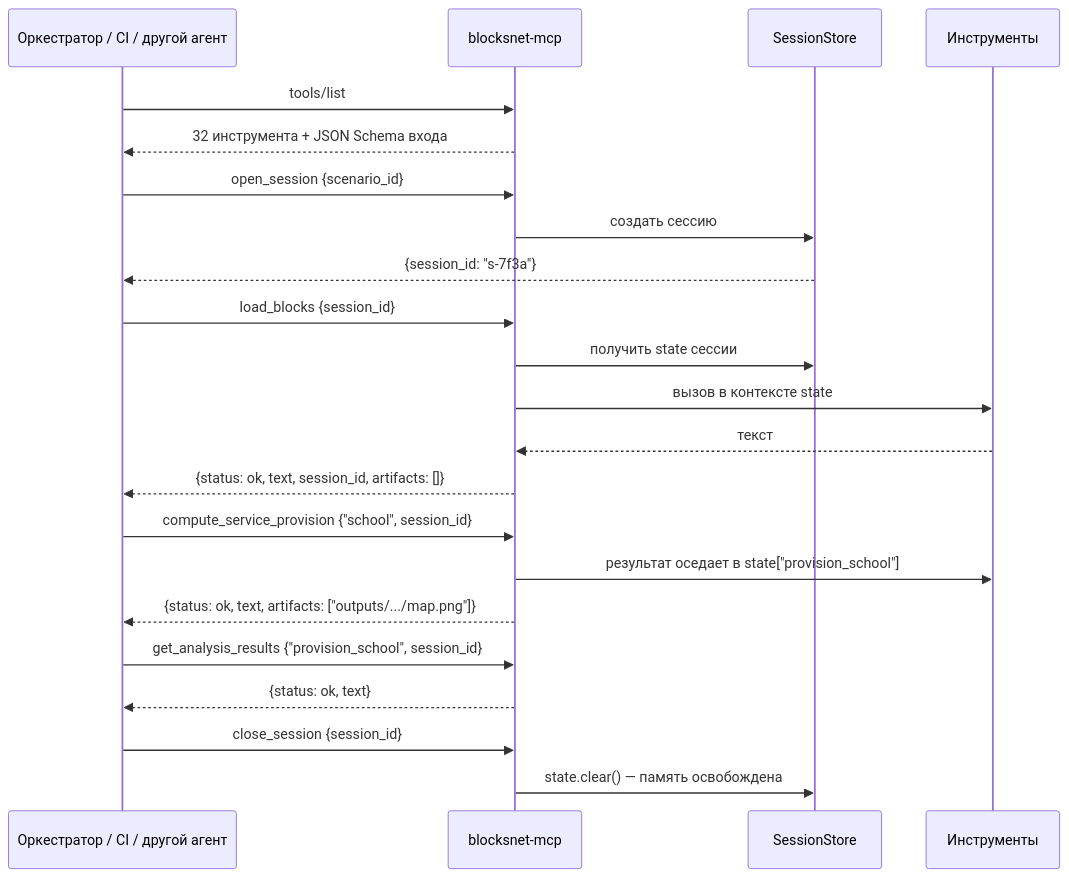
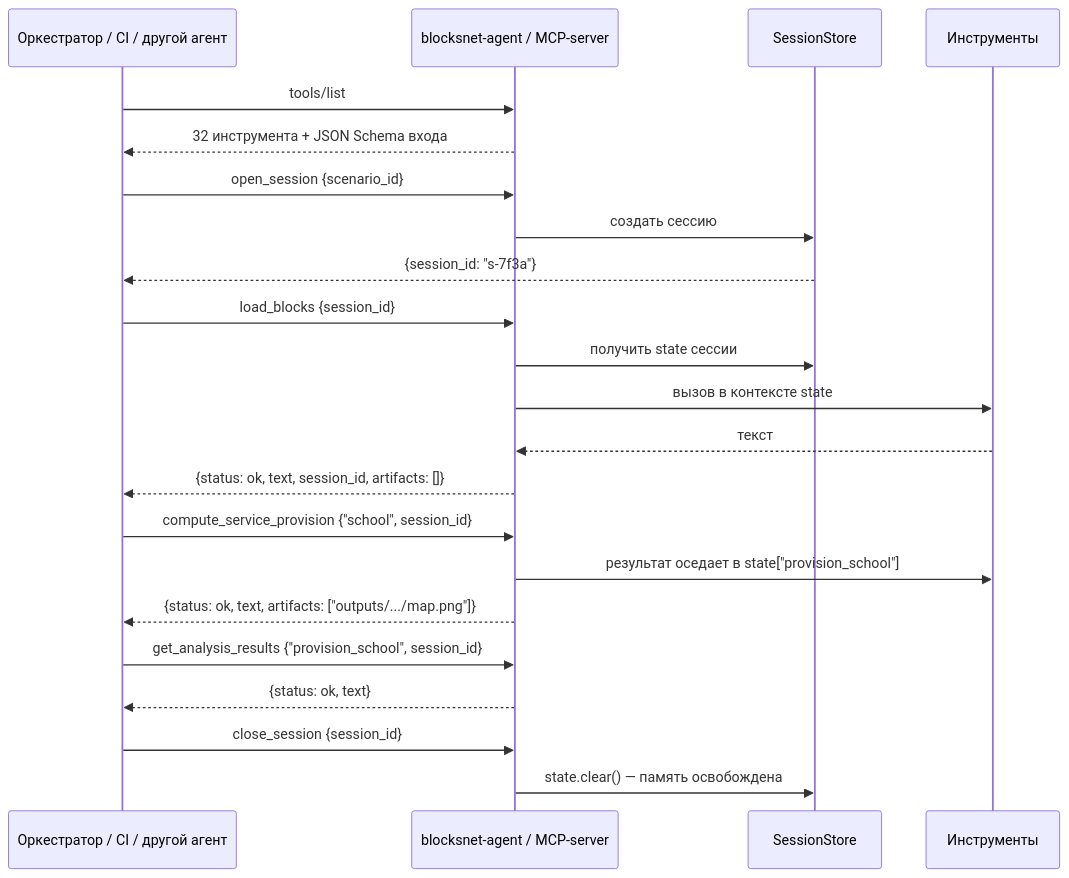
One commit to Eynor-K/blocksnet-agent changed the fifth of 5 diagrams in docs/dev/architecture/mas_topology.md. Above: the diagram before and after it, drawn with Mermaid. The commit also changed other lines of this file and 33 other files, not shown here.

Commit message:
Update documentation and structure for blocksnet-agent; rename MCP-server and A2A-service references to align with new architecture. Add .drawio.bkp to .gitignore.

````diff
--- a/docs/dev/architecture/mas_topology.md
+++ b/docs/dev/architecture/mas_topology.md
@@ -226,28 +226,28 @@
 ```mermaid
 sequenceDiagram
     participant P as Оркестратор / CI / другой агент
-    participant M as blocksnet-mcp
+    participant M as blocksnet-agent / MCP-server
     participant S as SessionStore
     participant F as Инструменты
 
     P->>M: tools/list
     M-->>P: 32 инструмента + JSON Schema входа
     P->>M: open_session {scenario_id}
     M->>S: создать сессию
     S-->>P: {session_id: "s-7f3a"}
 
     P->>M: load_blocks {session_id}
     M->>S: получить state сессии
     M->>F: вызов в контексте state
     F-->>M: текст
     M-->>P: {status: ok, text, session_id, artifacts: []}
 
     P->>M: compute_service_provision {"school", session_id}
     M->>F: результат оседает в state["provision_school"]
     M-->>P: {status: ok, text, artifacts: ["outputs/.../map.png"]}
 
     P->>M: get_analysis_results {"provision_school", session_id}
     M-->>P: {status: ok, text}
     P->>M: close_session {session_id}
     M->>S: state.clear() — память освобождена
 ```
````
